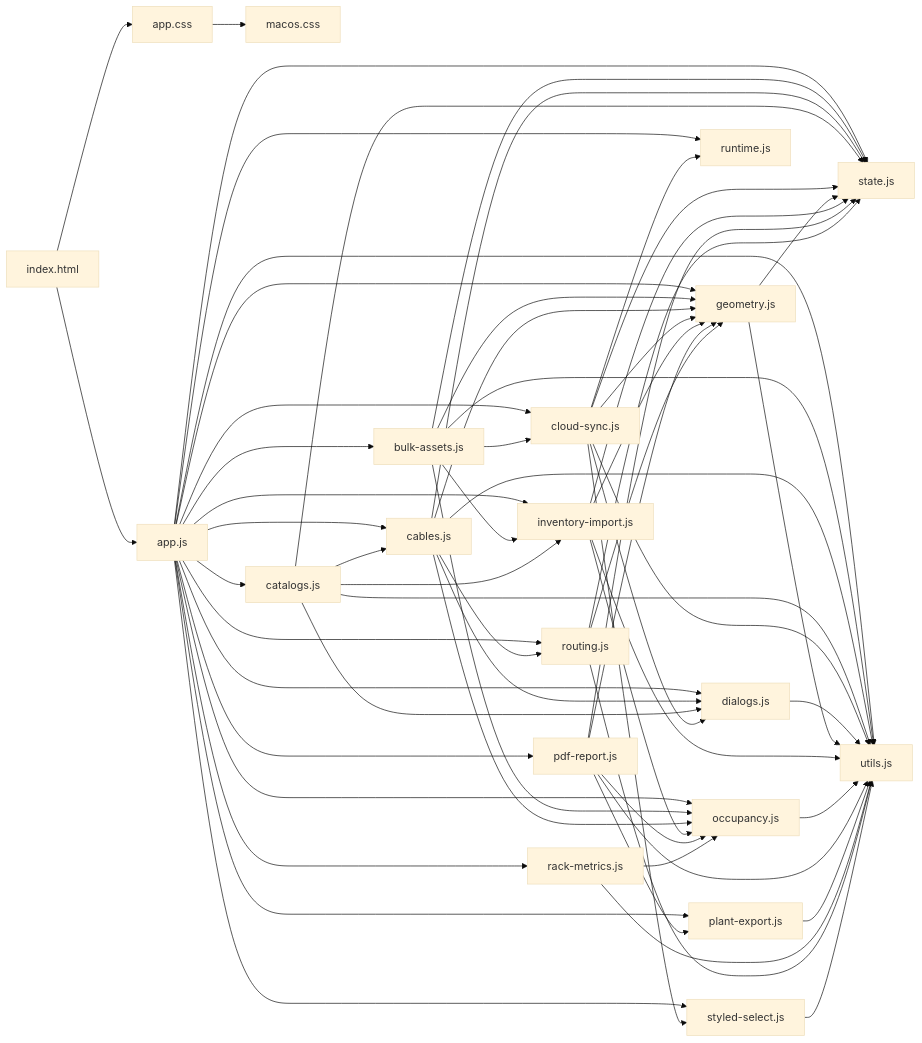
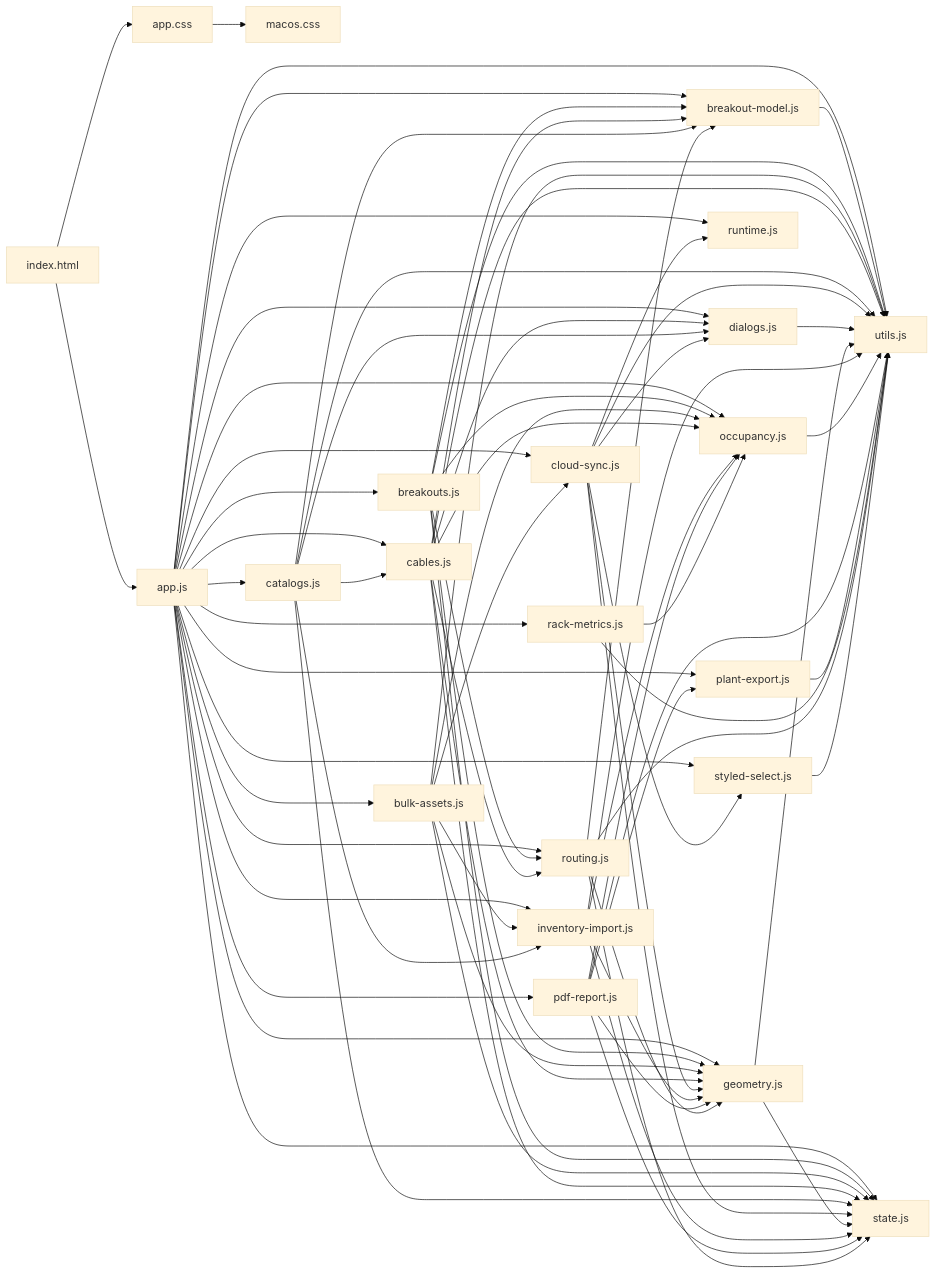
The diagram in SYSTEM-MAP.md (sqgouveia/Data-Center-Cable-Planner), drawn with Mermaid (base theme) before and after one commit. The commit also changed other lines of this file and 1 other file, not shown here.

Commit message:
chore: system map and docs for breakout

````diff
--- a/SYSTEM-MAP.md
+++ b/SYSTEM-MAP.md
@@ -28,64 +28,76 @@
 ```mermaid
 graph LR
   index[index.html] --> app[app.js]
   index --> css1[app.css] --> css2[macos.css]
   app --> utils_js["utils.js"]
+  app --> breakout_model_js["breakout-model.js"]
+  app --> breakouts_js["breakouts.js"]
   app --> state_js["state.js"]
   app --> dialogs_js["dialogs.js"]
   app --> styled_select_js["styled-select.js"]
   app --> geometry_js["geometry.js"]
   app --> routing_js["routing.js"]
   app --> occupancy_js["occupancy.js"]
   app --> pdf_report_js["pdf-report.js"]
   app --> runtime_js["runtime.js"]
   app --> inventory_import_js["inventory-import.js"]
   app --> cloud_sync_js["cloud-sync.js"]
   app --> bulk_assets_js["bulk-assets.js"]
   app --> cables_js["cables.js"]
   app --> plant_export_js["plant-export.js"]
   app --> rack_metrics_js["rack-metrics.js"]
   app --> catalogs_js["catalogs.js"]
+  breakout_model_js --> utils_js["utils.js"]
+  breakouts_js --> utils_js["utils.js"]
+  breakouts_js --> state_js["state.js"]
+  breakouts_js --> geometry_js["geometry.js"]
+  breakouts_js --> routing_js["routing.js"]
+  breakouts_js --> breakout_model_js["breakout-model.js"]
+  breakouts_js --> occupancy_js["occupancy.js"]
   bulk_assets_js --> utils_js["utils.js"]
   bulk_assets_js --> state_js["state.js"]
   bulk_assets_js --> occupancy_js["occupancy.js"]
   bulk_assets_js --> inventory_import_js["inventory-import.js"]
   bulk_assets_js --> cloud_sync_js["cloud-sync.js"]
   bulk_assets_js --> geometry_js["geometry.js"]
   cables_js --> utils_js["utils.js"]
   cables_js --> state_js["state.js"]
   cables_js --> dialogs_js["dialogs.js"]
   cables_js --> geometry_js["geometry.js"]
   cables_js --> routing_js["routing.js"]
   cables_js --> occupancy_js["occupancy.js"]
+  cables_js --> breakout_model_js["breakout-model.js"]
   catalogs_js --> utils_js["utils.js"]
+  catalogs_js --> breakout_model_js["breakout-model.js"]
   catalogs_js --> state_js["state.js"]
   catalogs_js --> dialogs_js["dialogs.js"]
   catalogs_js --> inventory_import_js["inventory-import.js"]
   catalogs_js --> cables_js["cables.js"]
   cloud_sync_js --> utils_js["utils.js"]
   cloud_sync_js --> state_js["state.js"]
   cloud_sync_js --> dialogs_js["dialogs.js"]
   cloud_sync_js --> styled_select_js["styled-select.js"]
   cloud_sync_js --> runtime_js["runtime.js"]
   cloud_sync_js --> geometry_js["geometry.js"]
   dialogs_js --> utils_js["utils.js"]
   geometry_js --> state_js["state.js"]
   geometry_js --> utils_js["utils.js"]
   inventory_import_js --> utils_js["utils.js"]
   inventory_import_js --> state_js["state.js"]
   inventory_import_js --> occupancy_js["occupancy.js"]
   inventory_import_js --> geometry_js["geometry.js"]
   occupancy_js --> utils_js["utils.js"]
   pdf_report_js --> utils_js["utils.js"]
   pdf_report_js --> state_js["state.js"]
   pdf_report_js --> occupancy_js["occupancy.js"]
   pdf_report_js --> geometry_js["geometry.js"]
   pdf_report_js --> plant_export_js["plant-export.js"]
   plant_export_js --> utils_js["utils.js"]
   rack_metrics_js --> utils_js["utils.js"]
   rack_metrics_js --> occupancy_js["occupancy.js"]
   routing_js --> state_js["state.js"]
   routing_js --> utils_js["utils.js"]
+  routing_js --> breakout_model_js["breakout-model.js"]
   routing_js --> geometry_js["geometry.js"]
   styled_select_js --> utils_js["utils.js"]
 ```
````
